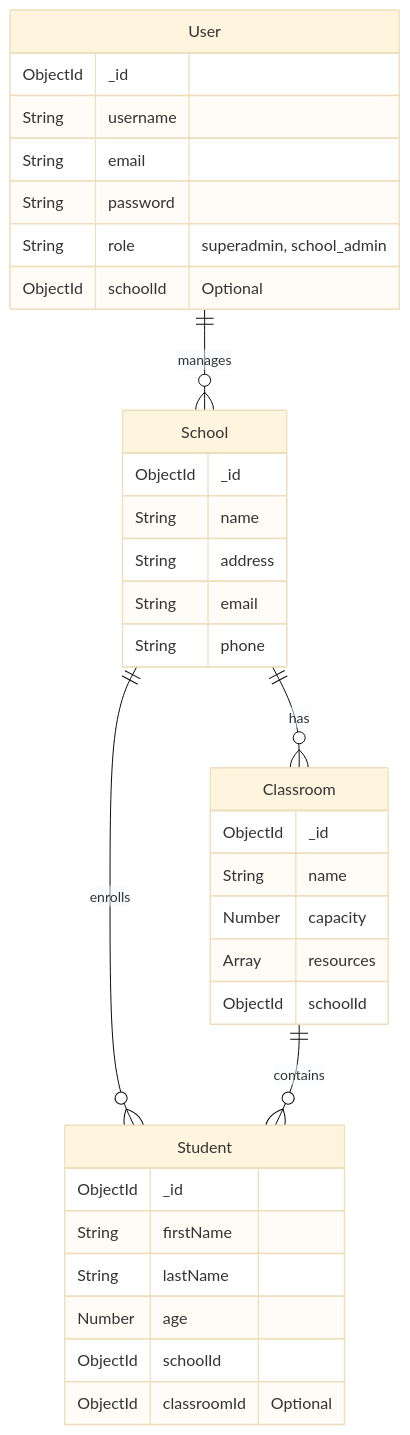
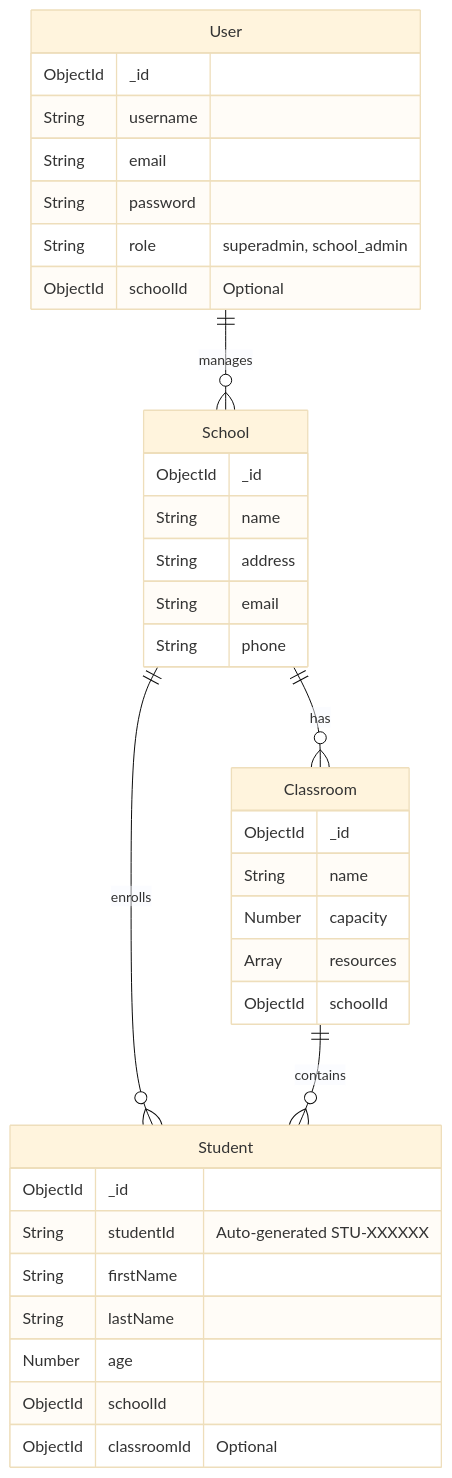
One commit to Ndife/axion-api changed the diagram in README.md. Above: the diagram before and after it, drawn with Mermaid (base theme). The commit also changed other lines of this file and 1 other file, not shown here.

````diff
--- a/README.md
+++ b/README.md
@@ -17,41 +17,42 @@
 ```mermaid
 erDiagram
     User {
         ObjectId _id
         String username
         String email
         String password
         String role "superadmin, school_admin"
         ObjectId schoolId "Optional"
     }
 
     School {
         ObjectId _id
         String name
         String address
         String email
         String phone
     }
 
     Classroom {
         ObjectId _id
         String name
         Number capacity
         Array resources
         ObjectId schoolId
     }
 
     Student {
         ObjectId _id
+        String studentId "Auto-generated STU-XXXXXX"
         String firstName
         String lastName
         Number age
         ObjectId schoolId
         ObjectId classroomId "Optional"
     }
 
     User ||--o{ School : "manages"
     School ||--o{ Classroom : "has"
     School ||--o{ Student : "enrolls"
     Classroom ||--o{ Student : "contains"
 ```
````
